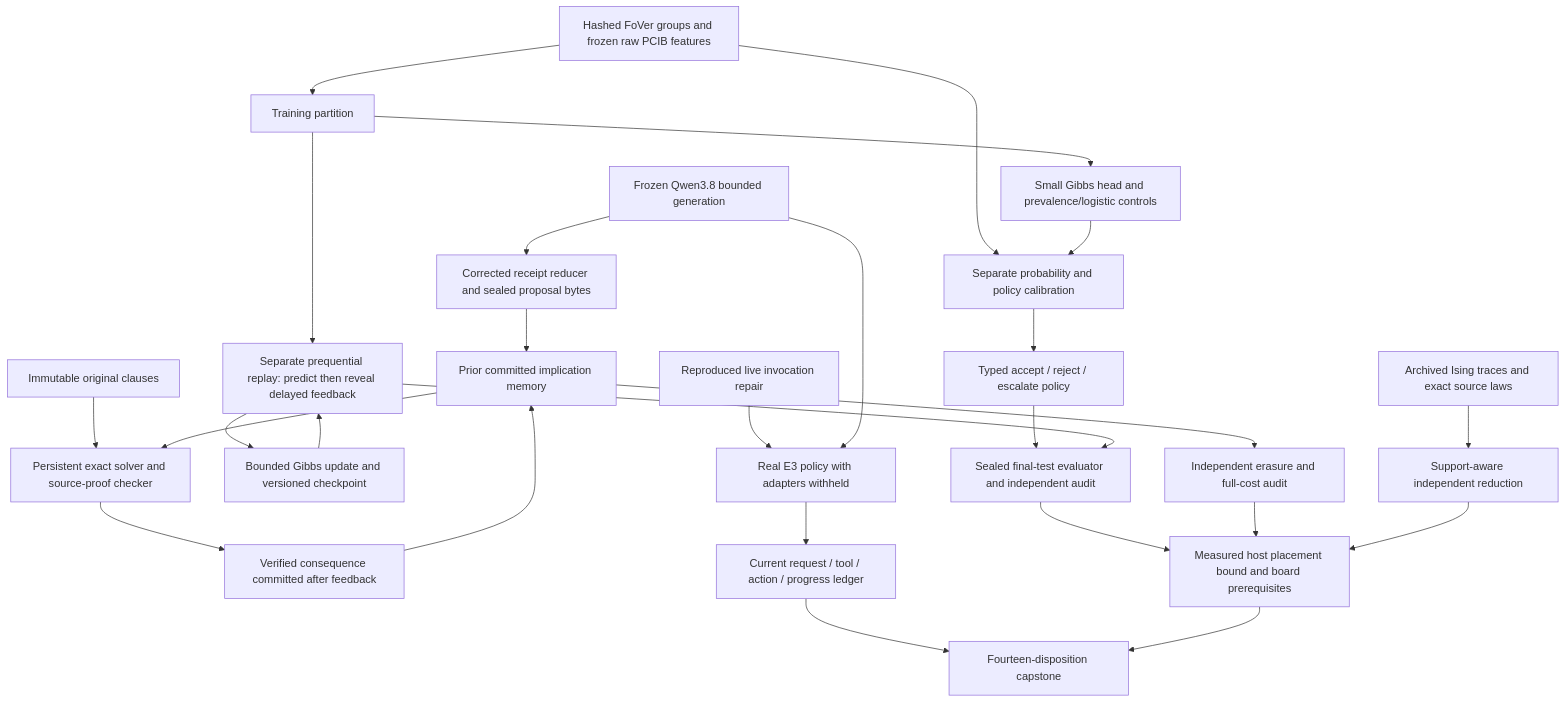
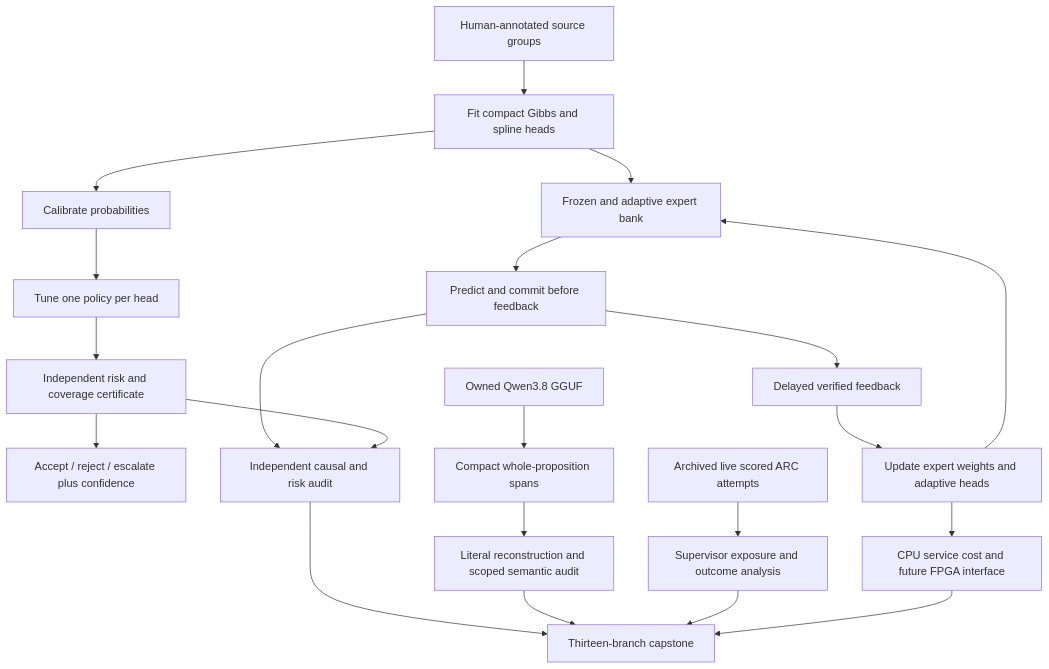
One commit to Carnot-EBM/carnot-ebm changed the first of 2 diagrams in openspec/change-proposals/research-roadmap-vNEXT.md. Above: the diagram before and after it, drawn with Mermaid. The commit also changed other lines of this file and 12 other files, not shown here.

````diff
--- a/openspec/change-proposals/research-roadmap-vNEXT.md
+++ b/openspec/change-proposals/research-roadmap-vNEXT.md
@@ -234,29 +80,23 @@
 ```mermaid
 flowchart TD
-    F[Hashed FoVer groups and frozen raw PCIB features] --> T[Training partition]
-    F --> C[Separate probability and policy calibration]
-    T --> G[Small Gibbs head and prevalence/logistic controls]
-    G --> C
-    C --> P[Typed accept / reject / escalate policy]
-    P --> E[Sealed final-test evaluator and independent audit]
-    T --> O[Separate prequential replay: predict then reveal delayed feedback]
-    O --> U[Bounded Gibbs update and versioned checkpoint]
-    U --> O
-    O --> E
-    Q[Frozen Qwen3.8 bounded generation] --> R[Corrected receipt reducer and sealed proposal bytes]
-    R --> M[Prior committed implication memory]
-    S[Immutable original clauses] --> X[Persistent exact solver and source-proof checker]
-    M --> X
-    X --> W[Verified consequence committed after feedback]
+    R[Human-annotated source groups] --> F[Fit compact Gibbs and spline heads]
+    F --> P[Calibrate probabilities]
+    P --> T[Tune one policy per head]
+    T --> C[Independent risk and coverage certificate]
+    C --> D[Accept / reject / escalate plus confidence]
+    F --> M[Frozen and adaptive expert bank]
+    M --> Q[Predict and commit before feedback]
+    Q --> L[Delayed verified feedback]
+    L --> W[Update expert weights and adaptive heads]
     W --> M
-    M --> A[Independent erasure and full-cost audit]
-    B[Reproduced live invocation repair] --> L[Real E3 policy with adapters withheld]
-    Q --> L
-    L --> V[Current request / tool / action / progress ledger]
-    I[Archived Ising traces and exact source laws] --> J[Support-aware independent reduction]
-    E --> H[Measured host placement bound and board prerequisites]
-    A --> H
-    J --> H
-    V --> Z[Fourteen-disposition capstone]
+    Q --> A[Independent causal and risk audit]
+    C --> A
+    G[Owned Qwen3.8 GGUF] --> X[Compact whole-proposition spans]
+    X --> S[Literal reconstruction and scoped semantic audit]
+    ARC[Archived live scored ARC attempts] --> O[Supervisor exposure and outcome analysis]
+    W --> H[CPU service cost and future FPGA interface]
+    A --> Z[Thirteen-branch capstone]
+    S --> Z
+    O --> Z
     H --> Z
 ```
````
